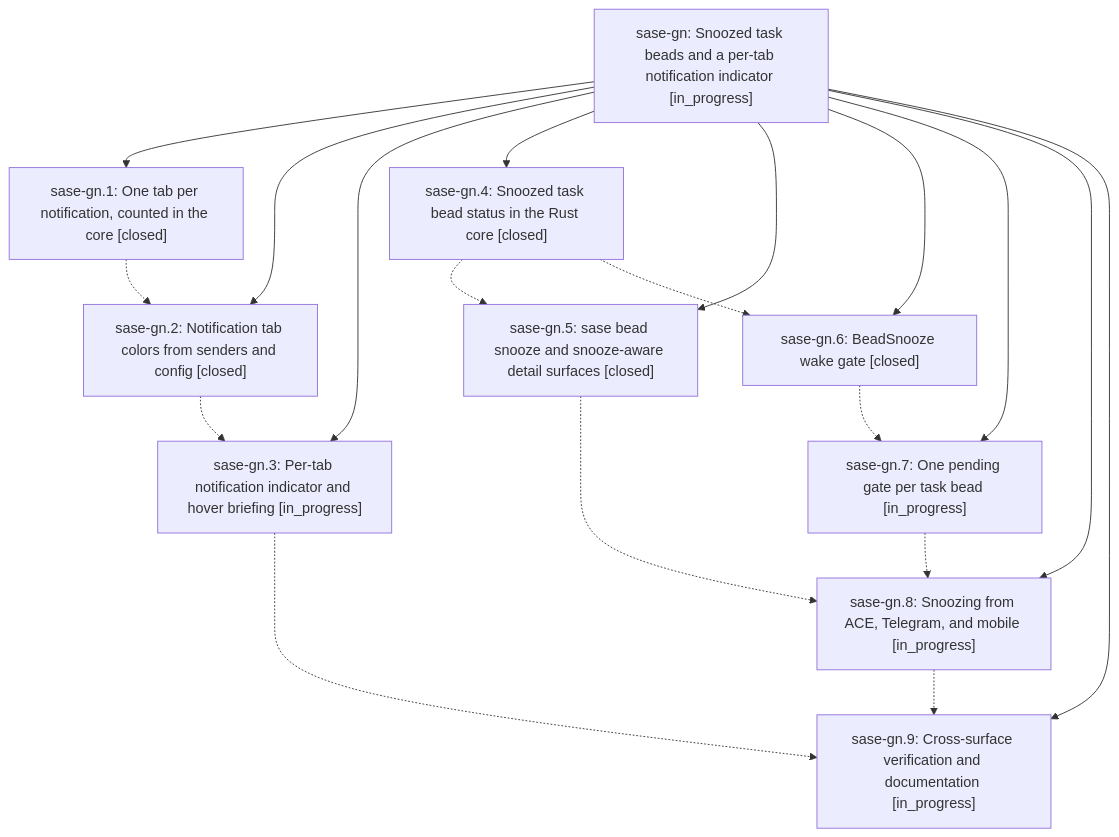
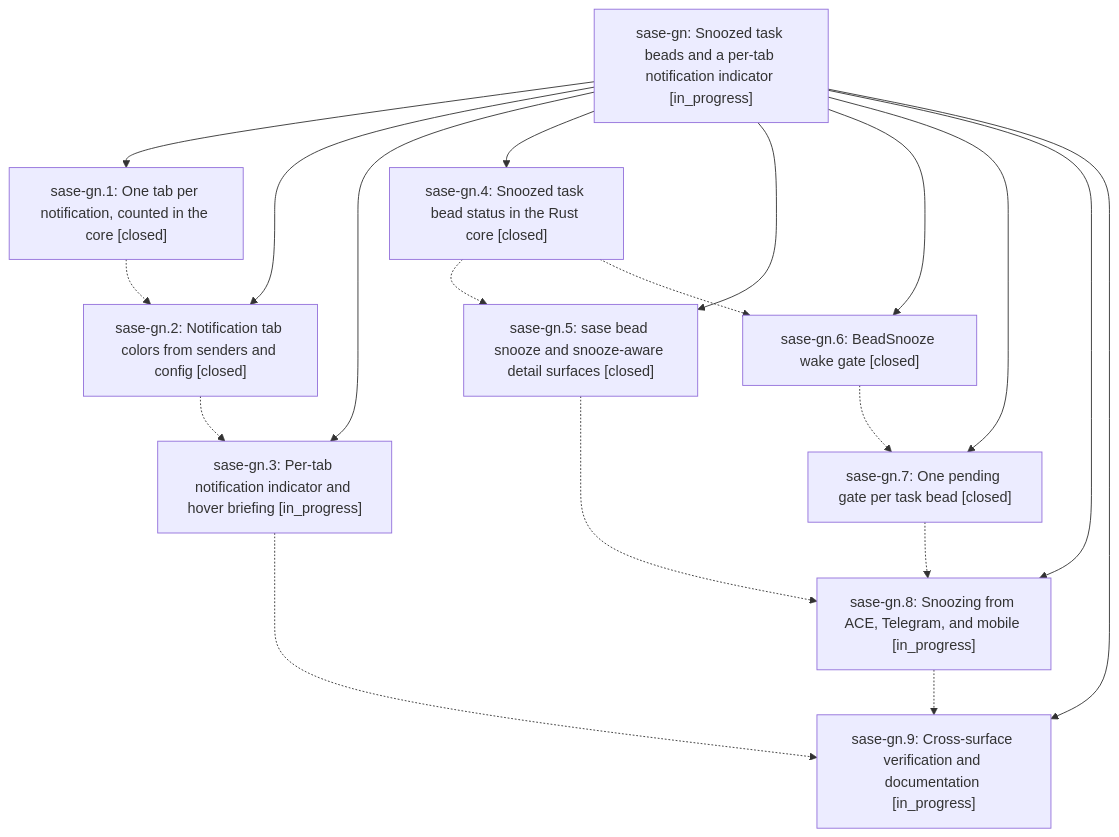
One commit to sase-org/sase--beads changed the diagram in pages/sase-gn/README.md. Above: the diagram before and after it, drawn with Mermaid. The commit also changed other lines of this file and 4 other files, not shown here.

First line of the commit message:
chore(beads): sync bead state and pages for sase-gn

````diff
--- a/pages/sase-gn/README.md
+++ b/pages/sase-gn/README.md
@@ -30,31 +30,31 @@
 ```mermaid
 flowchart TD
     n0["sase-gn: Snoozed task beads and a per-tab notification indicator [in_progress]"]
     n1["sase-gn.1: One tab per notification, counted in the core [closed]"]
     n2["sase-gn.2: Notification tab colors from senders and config [closed]"]
     n3["sase-gn.3: Per-tab notification indicator and hover briefing [in_progress]"]
     n4["sase-gn.4: Snoozed task bead status in the Rust core [closed]"]
     n5["sase-gn.5: sase bead snooze and snooze-aware detail surfaces [closed]"]
     n6["sase-gn.6: BeadSnooze wake gate [closed]"]
-    n7["sase-gn.7: One pending gate per task bead [in_progress]"]
+    n7["sase-gn.7: One pending gate per task bead [closed]"]
     n8["sase-gn.8: Snoozing from ACE, Telegram, and mobile [in_progress]"]
     n9["sase-gn.9: Cross-surface verification and documentation [in_progress]"]
     n0 --> n1
     n0 --> n2
     n0 --> n3
     n0 --> n4
     n0 --> n5
     n0 --> n6
     n0 --> n7
     n0 --> n8
     n0 --> n9
     n1 -.-> n2
     n2 -.-> n3
     n3 -.-> n9
     n4 -.-> n5
     n4 -.-> n6
     n5 -.-> n8
     n6 -.-> n7
     n7 -.-> n8
     n8 -.-> n9
 ```
````
